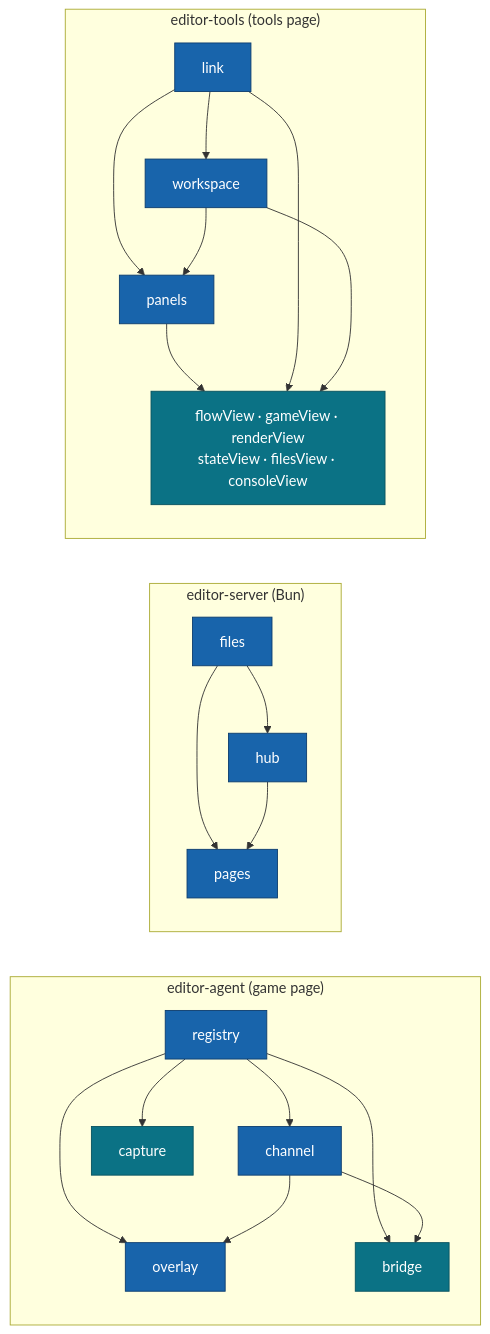
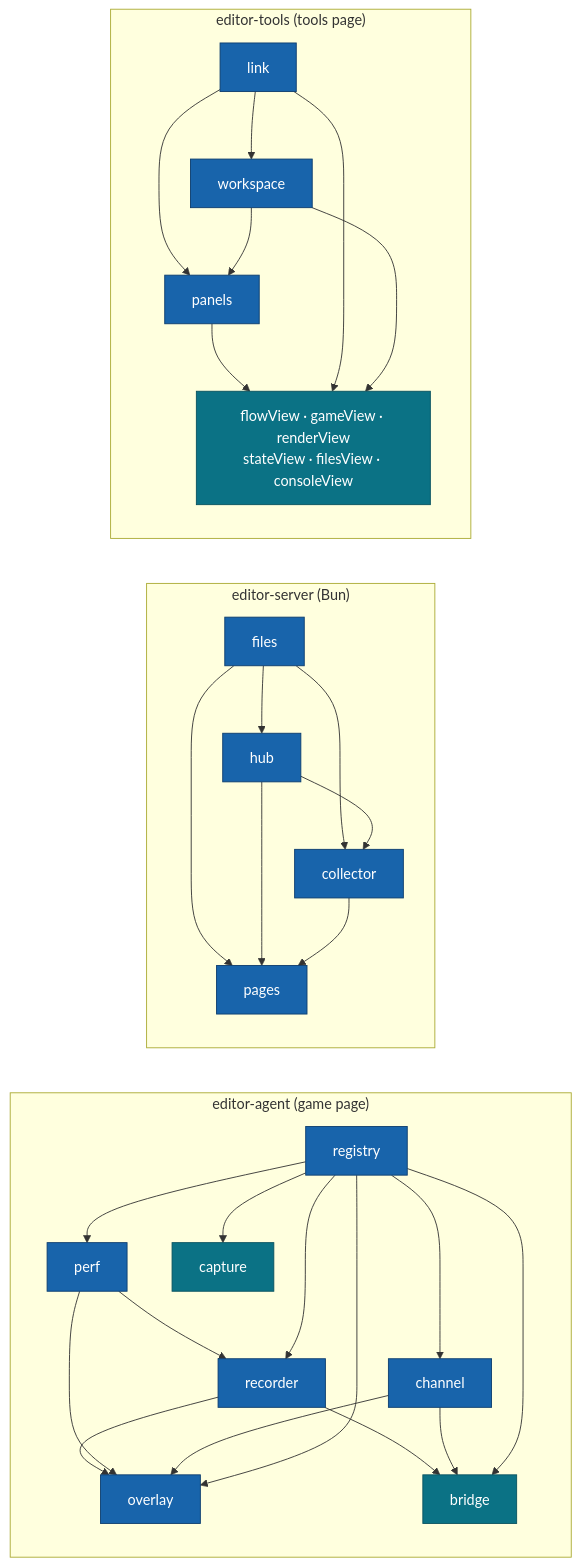
Before and after one commit to moku-labs/editor: the third of 5 diagrams in README.md, drawn with Mermaid. The commit also changed other lines of this file and 65 other files, not shown here.

Commit message:
feat(entries,docs): perf/recorder/collector exports, agent page guard, On a phone docs (wave 8); spec 21 on engine preview 85fba19; wave 7 review fixes; load-safe integration waits

````diff
--- a/README.md
+++ b/README.md
@@ -668,28 +834,37 @@
 ```mermaid
 flowchart LR
   subgraph agent ["editor-agent (game page)"]
     registry --> channel
+    registry --> perf
+    registry --> recorder
+    perf --> recorder
     registry --> overlay
     channel --> overlay
+    perf --> overlay
+    recorder --> overlay
     registry --> bridge
     channel --> bridge
+    recorder --> bridge
     registry --> capture
   end
   subgraph server ["editor-server (Bun)"]
     files --> hub
+    files --> collector
+    hub --> collector
     files --> pages
     hub --> pages
+    collector --> pages
   end
   subgraph tools ["editor-tools (tools page)"]
     link --> workspace
     link --> panels
     workspace --> panels
     panels --> views["flowView · gameView · renderView<br/>stateView · filesView · consoleView"]
     link --> views
     workspace --> views
   end
   classDef m fill:#1864ab,stroke:#0d3d6e,color:#fff;
   classDef u fill:#0b7285,stroke:#08525f,color:#fff;
-  class registry,channel,overlay,files,hub,pages,link,workspace,panels m
+  class registry,channel,perf,recorder,overlay,files,hub,collector,pages,link,workspace,panels m
   class bridge,capture,views u
 ```
````
